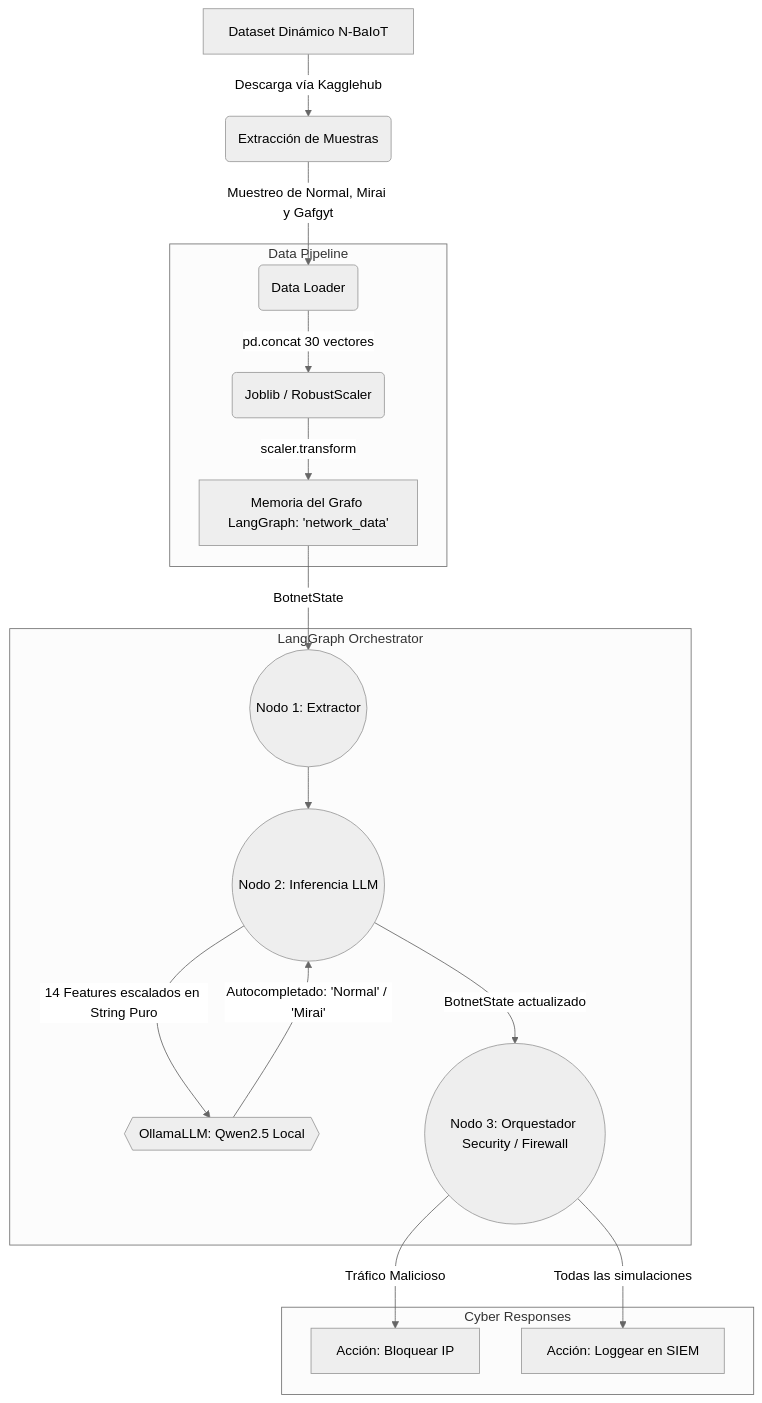
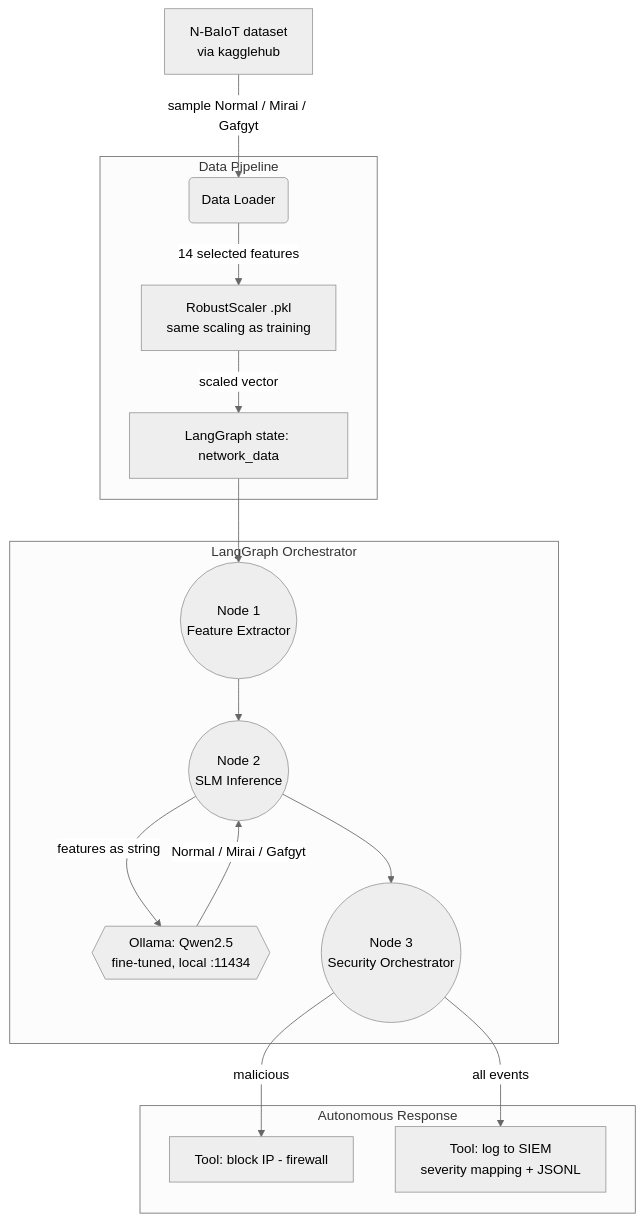
One commit to YeisonDelgado/LangGraph_Bootnet_Detection changed the diagram in README.md. Above: the diagram before and after it, drawn with Mermaid (neutral theme). The commit also changed other lines of this file, not shown here.

Commit message:
docs: rewrite README in English with architecture (mermaid), SLM pipeline, SIEM response, results

````diff
--- a/README.md
+++ b/README.md
@@ -11,25 +26,22 @@
 ```mermaid
 graph TD
-    A[Dataset Dinámico N-BaIoT] -->|Descarga vía Kagglehub| B(Extracción de Muestras)
-    B -->|Muestreo de Normal, Mirai y Gafgyt| C(Data Loader)
+    A[N-BaIoT dataset<br/>via kagglehub] -->|sample Normal / Mirai / Gafgyt| B(Data Loader)
 
     subgraph Data Pipeline
-        C -->|pd.concat 30 vectores| D(Joblib / RobustScaler)
-        D -->|scaler.transform| E[Memoria del Grafo LangGraph: 'network_data']
+        B -->|14 selected features| C[RobustScaler .pkl<br/>same scaling as training]
+        C -->|scaled vector| D[LangGraph state: network_data]
     end
 
     subgraph LangGraph Orchestrator
-        E -->|BotnetState| F((Nodo 1: Extractor))
-        F --> G((Nodo 2: Inferencia LLM))
-        
-        G -->|14 Features escalados en String Puro| H{{OllamaLLM: Qwen2.5 Local}}
-        H -->|Autocompletado: 'Normal' / 'Mirai'| G
-        
-        G -->|BotnetState actualizado| I((Nodo 3: Orquestador Security / Firewall))
+        D --> N1((Node 1<br/>Feature Extractor))
+        N1 --> N2((Node 2<br/>SLM Inference))
+        N2 -->|features as string| LLM{{Ollama: Qwen2.5<br/>fine-tuned, local :11434}}
+        LLM -->|Normal / Mirai / Gafgyt| N2
+        N2 --> N3((Node 3<br/>Security Orchestrator))
     end
 
-    subgraph Cyber Responses
-        I -->|Tráfico Malicioso| J[Acción: Bloquear IP]
-        I -->|Todas las simulaciones| K[Acción: Loggear en SIEM]
+    subgraph Autonomous Response
+        N3 -->|malicious| BLOCK[Tool: block IP - firewall]
+        N3 -->|all events| SIEM[Tool: log to SIEM<br/>severity mapping + JSONL]
     end
 ```
````
